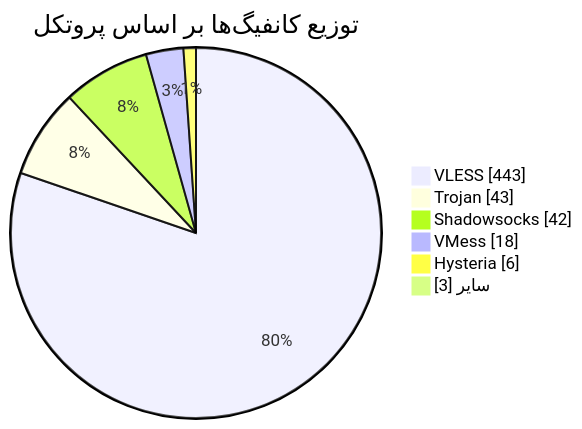
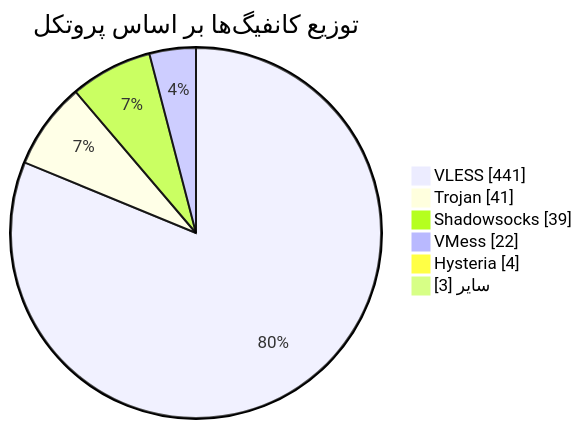
Before and after one commit to Arian-Alijani/Somthing: the diagram in README.md, drawn with Mermaid. The commit also changed other lines of this file and 87 other files, not shown here.

````diff
--- a/README.md
+++ b/README.md
@@ -48,10 +48,10 @@
 ```mermaid
 pie showData
     title توزیع کانفیگ‌ها بر اساس پروتکل
-    "VLESS" : 443
-    "Trojan" : 43
-    "Shadowsocks" : 42
-    "VMess" : 18
-    "Hysteria" : 6
+    "VLESS" : 441
+    "Trojan" : 41
+    "Shadowsocks" : 39
+    "VMess" : 22
+    "Hysteria" : 4
     "سایر" : 3
 ```
````
